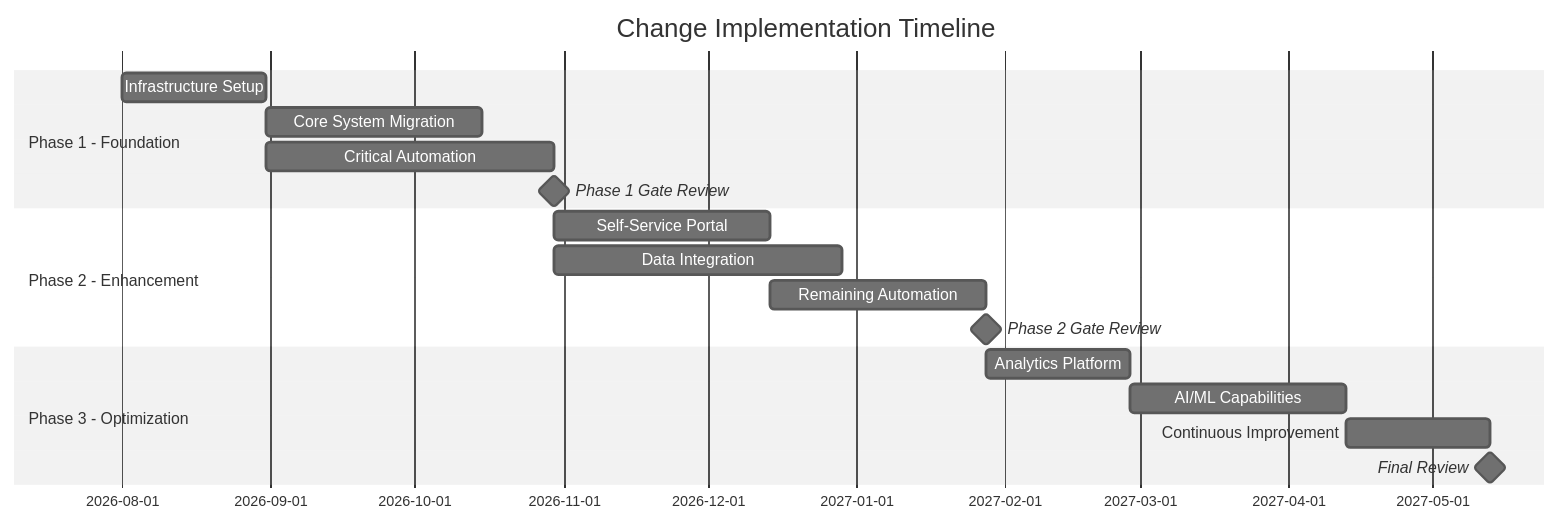
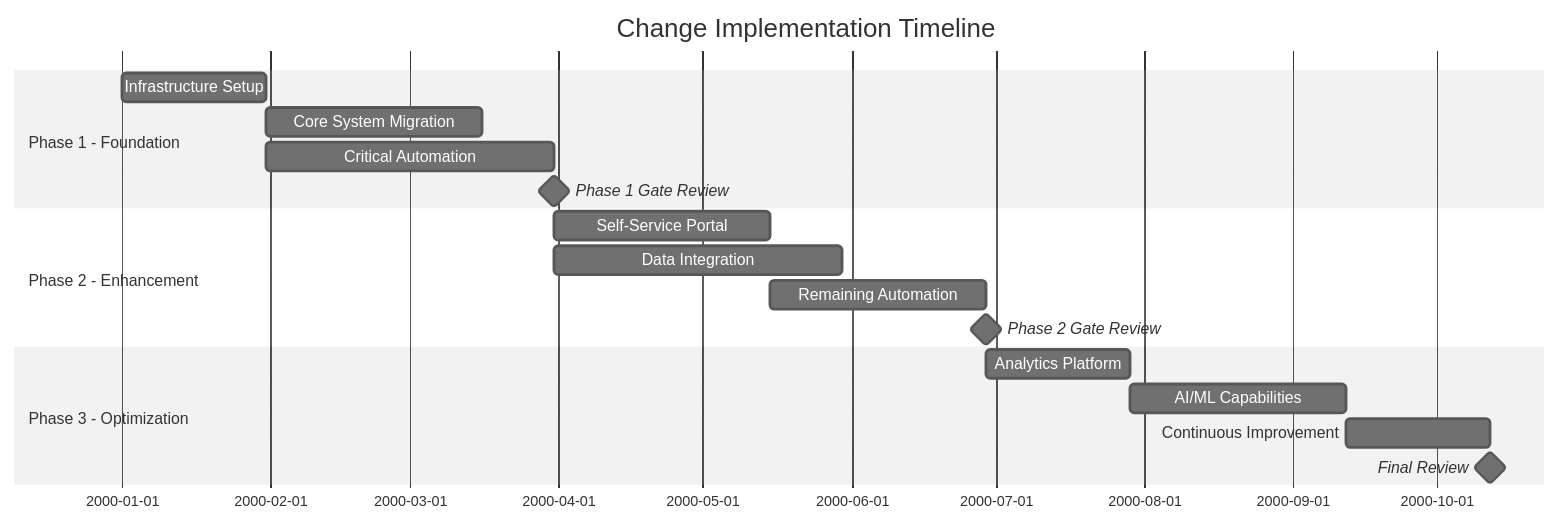
Before and after one commit to oat431/swe-knowledge: the second of 4 diagrams in document-template/01_Business_Analysis_and_strategy/Change-Strategy.md, drawn with Mermaid (neutral theme). The commit also changed 56 other files, not shown here.

````diff
--- a/document-template/01_Business_Analysis_and_strategy/Change-Strategy.md
+++ b/document-template/01_Business_Analysis_and_strategy/Change-Strategy.md
@@ -217,20 +217,21 @@
 ```mermaid
 gantt
     title Change Implementation Timeline
     dateFormat YYYY-MM-DD
+    %% Placeholder schedule: base 2000-01-01 = project start; recompute real dates when instantiating
     section Phase 1 - Foundation
-    Infrastructure Setup      :a1, 2026-08-01, 30d
+    Infrastructure Setup      :a1, 2000-01-01, 30d
     Core System Migration     :a2, after a1, 45d
     Critical Automation       :a3, after a1, 60d
     Phase 1 Gate Review       :milestone, after a3, 0d
     section Phase 2 - Enhancement
     Self-Service Portal       :b1, after a3, 45d
     Data Integration          :b2, after a3, 60d
     Remaining Automation      :b3, after b1, 45d
     Phase 2 Gate Review       :milestone, after b3, 0d
     section Phase 3 - Optimization
     Analytics Platform        :c1, after b3, 30d
     AI/ML Capabilities        :c2, after c1, 45d
     Continuous Improvement    :c3, after c2, 30d
     Final Review              :milestone, after c3, 0d
 ```
````
